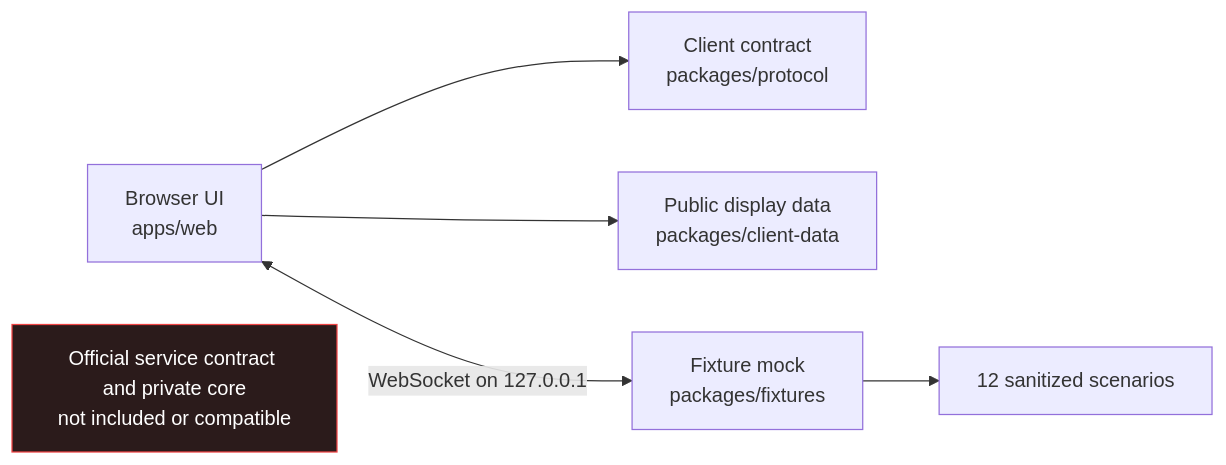
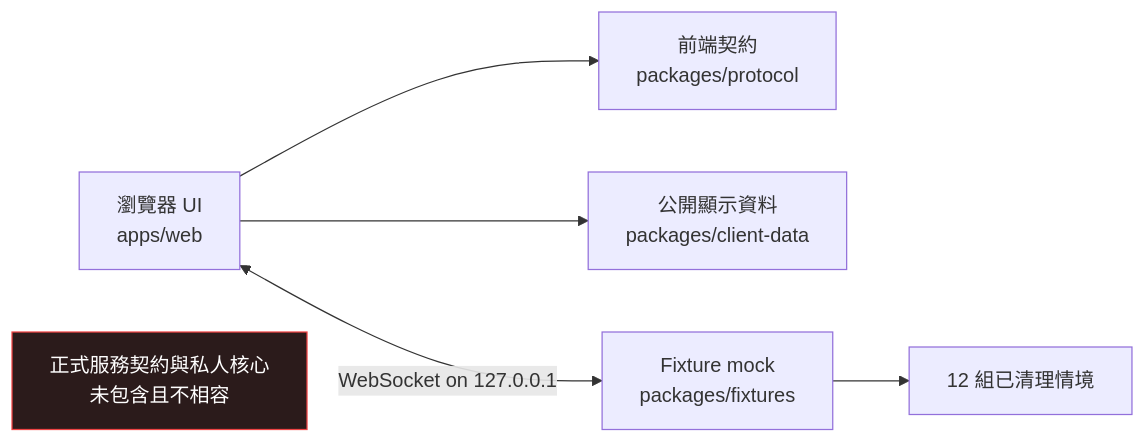
The diagram in README.md (TokimiSpace/darkforest-web), drawn with Mermaid before and after one commit. The commit also changed other lines of this file and 2 other files, not shown here.

````diff
--- a/README.md
+++ b/README.md
@@ -50,9 +44,9 @@
 ```mermaid
 flowchart LR
-  Browser[Browser UI<br/>apps/web] --> Contract[Client contract<br/>packages/protocol]
-  Browser --> Data[Public display data<br/>packages/client-data]
+  Browser[瀏覽器 UI<br/>apps/web] --> Contract[前端契約<br/>packages/protocol]
+  Browser --> Data[公開顯示資料<br/>packages/client-data]
   Browser <-->|WebSocket on 127.0.0.1| Mock[Fixture mock<br/>packages/fixtures]
-  Mock --> Fixtures[12 sanitized scenarios]
-  Official[Official service contract and private core<br/>not included or compatible]:::private
+  Mock --> Fixtures[12 組已清理情境]
+  Official[正式服務契約與私人核心<br/>未包含且不相容]:::private
   classDef private fill:#2b1b1b,stroke:#ef4444,color:#fff
 ```
````
